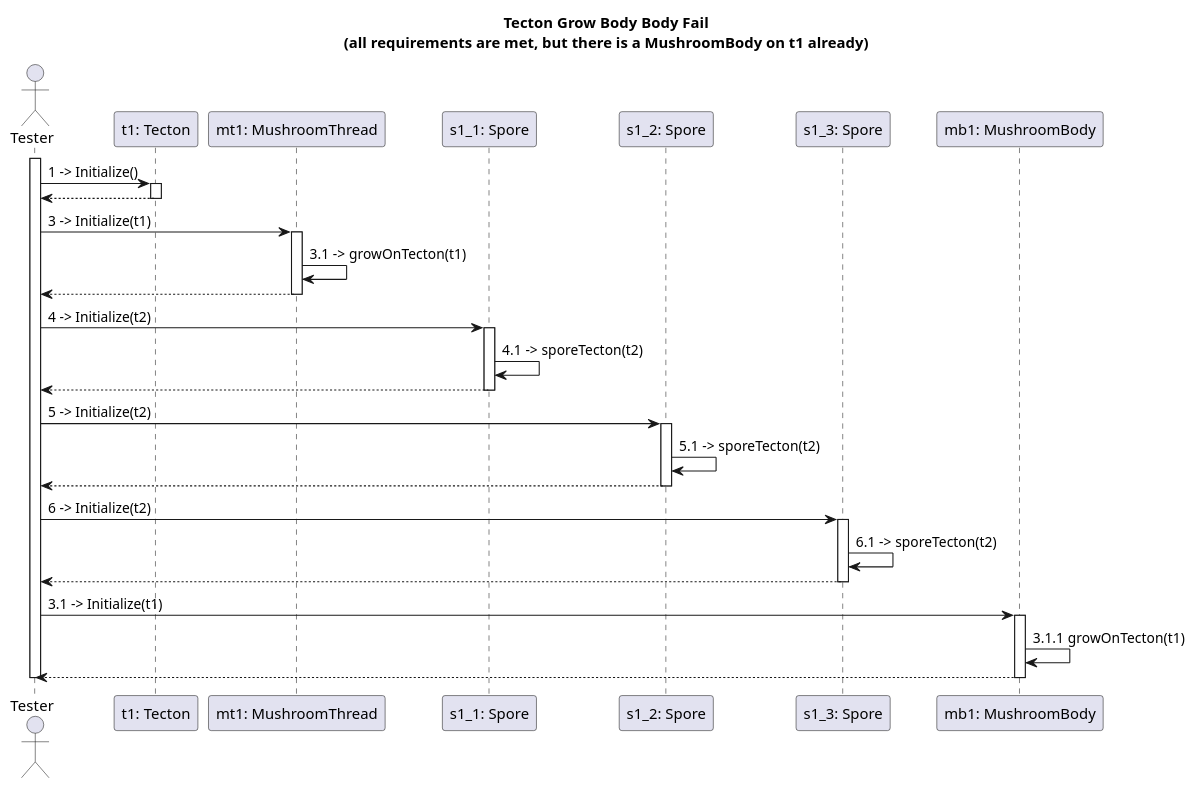
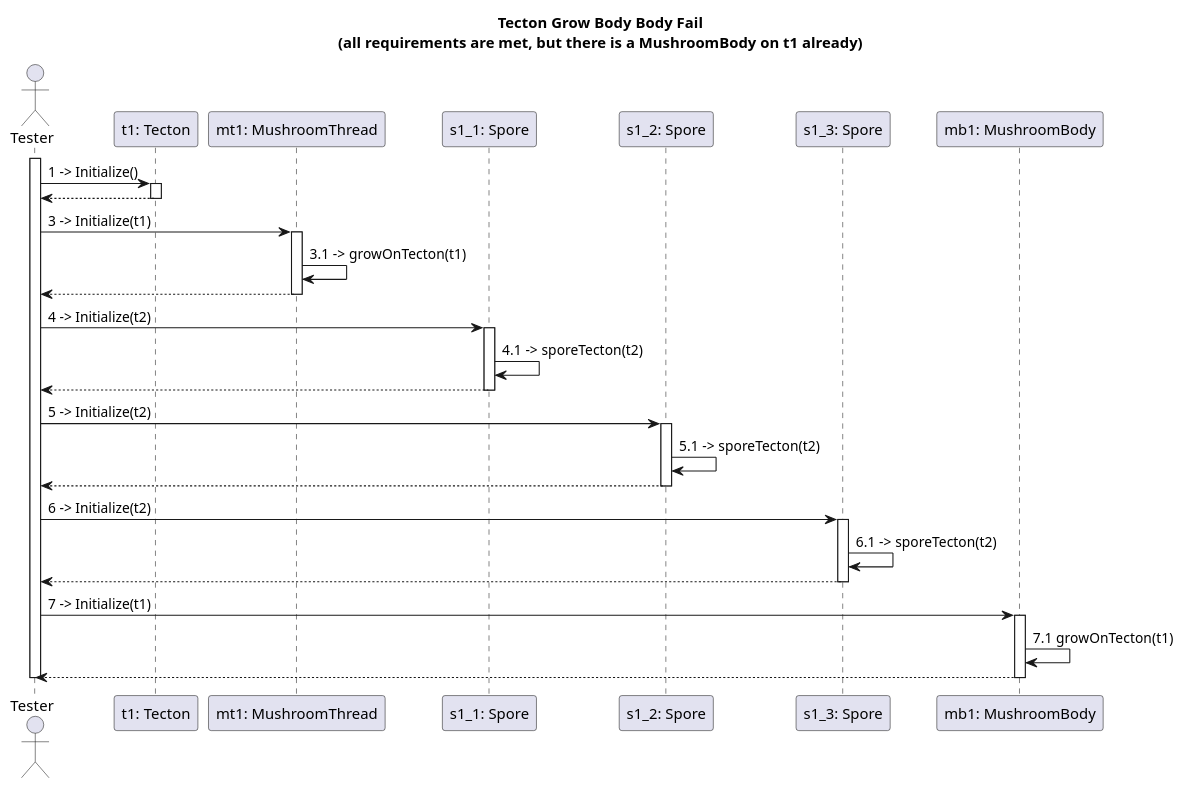
Before and after one commit to dzsem/projlab: the diagram in diagrams/communication/tecton3_4.puml, drawn with PlantUML.

Commit message:
fixed numbering in tecton3_4.puml

```diff
--- a/diagrams/communication/tecton3_4.puml
+++ b/diagrams/communication/tecton3_4.puml
@@ -6,84 +6,84 @@
 @startuml communicationTecton3_4
 
 title Tecton Grow Body Body Fail\n(all requirements are met, but there is a MushroomBody on t1 already)
 
 actor "Tester" as ts
 participant "t1: Tecton" as t1
 
 participant "mt1: MushroomThread" as mt1
 
 participant "s1_1: Spore" as s1_1
 participant "s1_2: Spore" as s1_2
 participant "s1_3: Spore" as s1_3
 
 participant "mb1: MushroomBody" as mb1
 
 activate ts
 
 ts -> t1: 1 -> Initialize()
 activate t1
 
 ts <-- t1
 deactivate t1
 
 ts -> mt1: 3 -> Initialize(t1)
 activate mt1
 	' tecton beállítás
 	' growOnTecton() blackboxolja, hogy a Tecton MushroomThreadjei közé is felveszi magát
 	mt1 -> mt1: 3.1 -> growOnTecton(t1)
 
 ts <-- mt1
 deactivate mt1
 
 ' ------------------------------------------
 ' s1_1: t1-en
 ts -> s1_1: 4 -> Initialize(t2)
 activate s1_1
 
 ' sporeTecton blackboxolja, hogy a Tectonon hozzáadja magát a MushroomSporeok közé
 s1_1 -> s1_1: 4.1 -> sporeTecton(t2)
 
 ts <-- s1_1
 deactivate s1_1
 
 
 ' ------------------------------------------
 ' s1_2: t1-en
 ts -> s1_2: 5 -> Initialize(t2)
 activate s1_2
 
 ' sporeTecton blackboxolja, hogy a Tectonon hozzáadja magát a MushroomSporeok közé
 s1_2 -> s1_2: 5.1 -> sporeTecton(t2)
 
 ts <-- s1_2
 deactivate s1_2
 
 
 ' ------------------------------------------
 ' s1_3: t1-en
 ts -> s1_3: 6 -> Initialize(t2)
 activate s1_3
 
 ' sporeTecton blackboxolja, hogy a Tectonon hozzáadja magát a MushroomSporeok közé
 s1_3 -> s1_3: 6.1 -> sporeTecton(t2)
 
 ts <-- s1_3
 deactivate s1_3
 
 
 ' ------------------------------------------
 ' mb1: 
 ' - t1-en nő
-ts -> mb1: 3.1 -> Initialize(t1)
+ts -> mb1: 7 -> Initialize(t1)
 activate mb1
 
 ' a growOnTecton() blackboxolja, hogy a Tectonon regisztrálja magát, mint MushroomBody
-mb1 -> mb1: 3.1.1 growOnTecton(t1)
+mb1 -> mb1: 7.1 growOnTecton(t1)
 
 ts <-- mb1
 deactivate mb1
 
 
 deactivate ts
 
 @enduml
```
